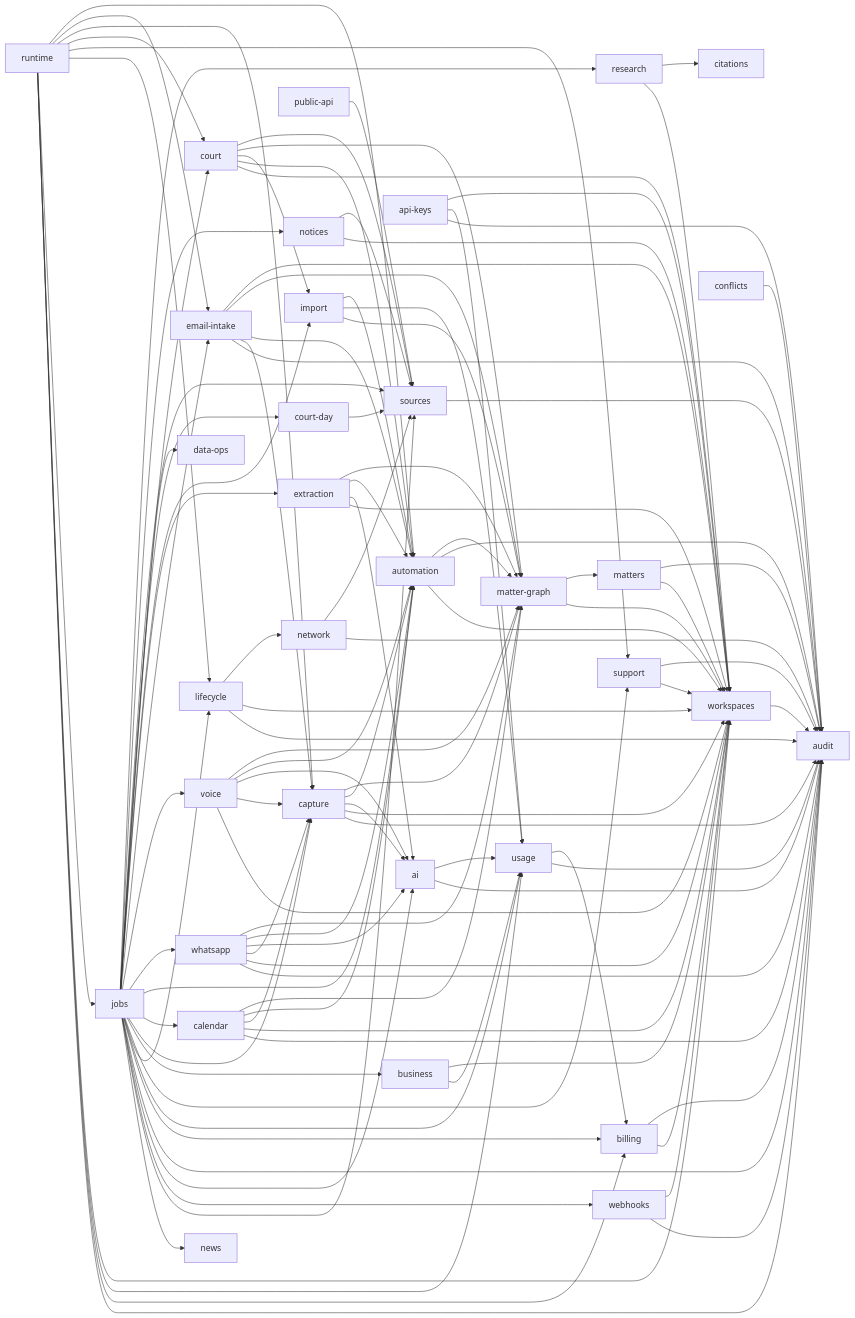
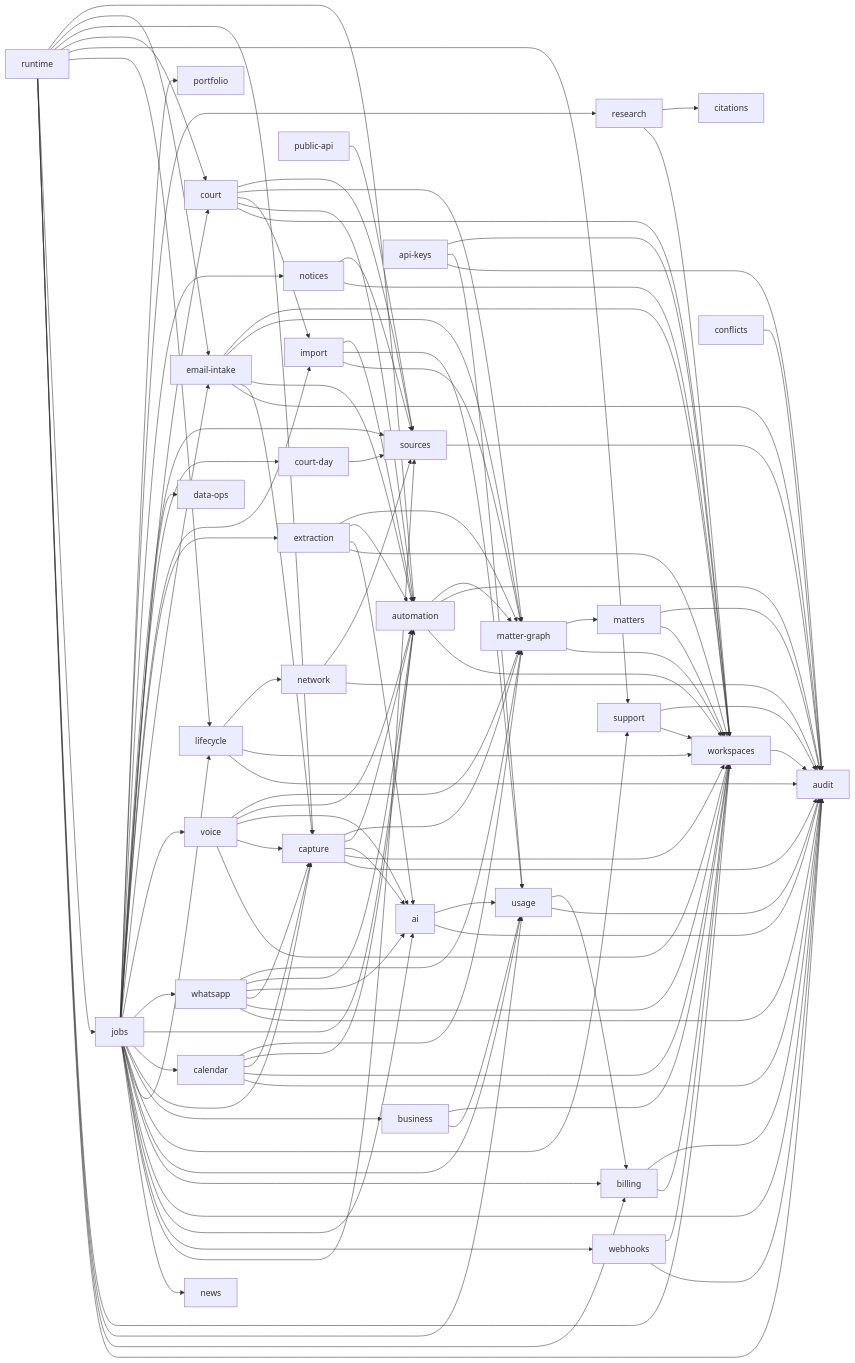
One commit to RapierCraftStudios/causedeck changed the diagram in docs/engineering/core-domains.md. Above: the diagram before and after it, drawn with Mermaid. The commit also changed other lines of this file and 33 other files, not shown here.

```diff
--- a/docs/engineering/core-domains.md
+++ b/docs/engineering/core-domains.md
@@ -161,6 +161,7 @@
   webhooks --> workspaces
   conflicts --> audit
   jobs --> research
+  jobs --> portfolio
   calendar --> audit
   calendar --> workspaces
   calendar --> capture
```
